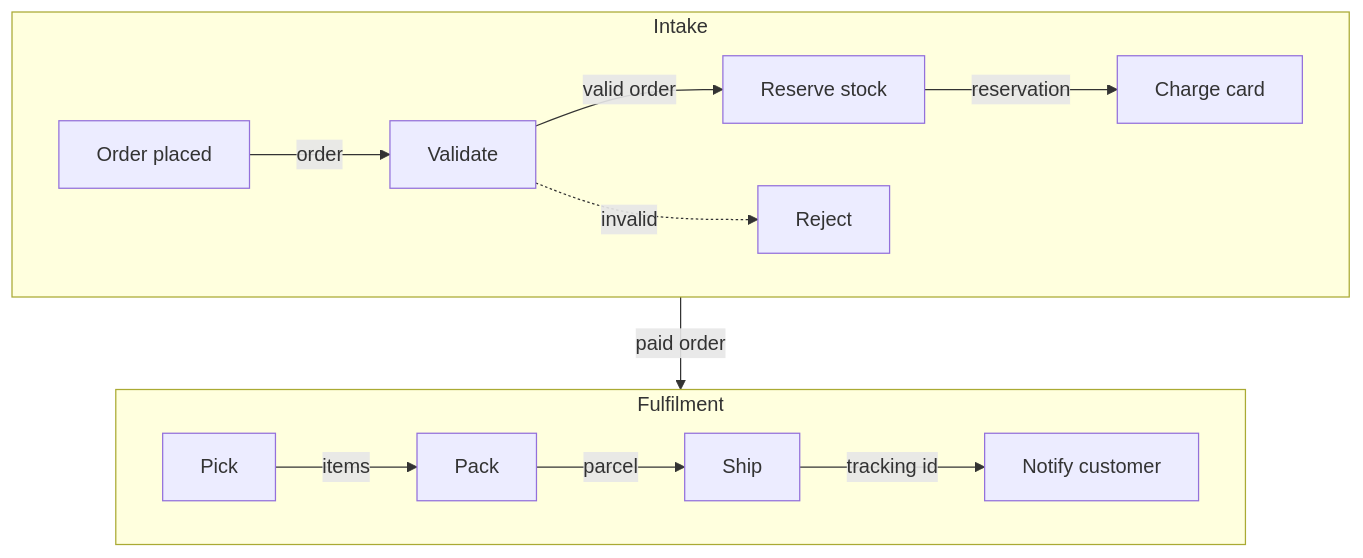
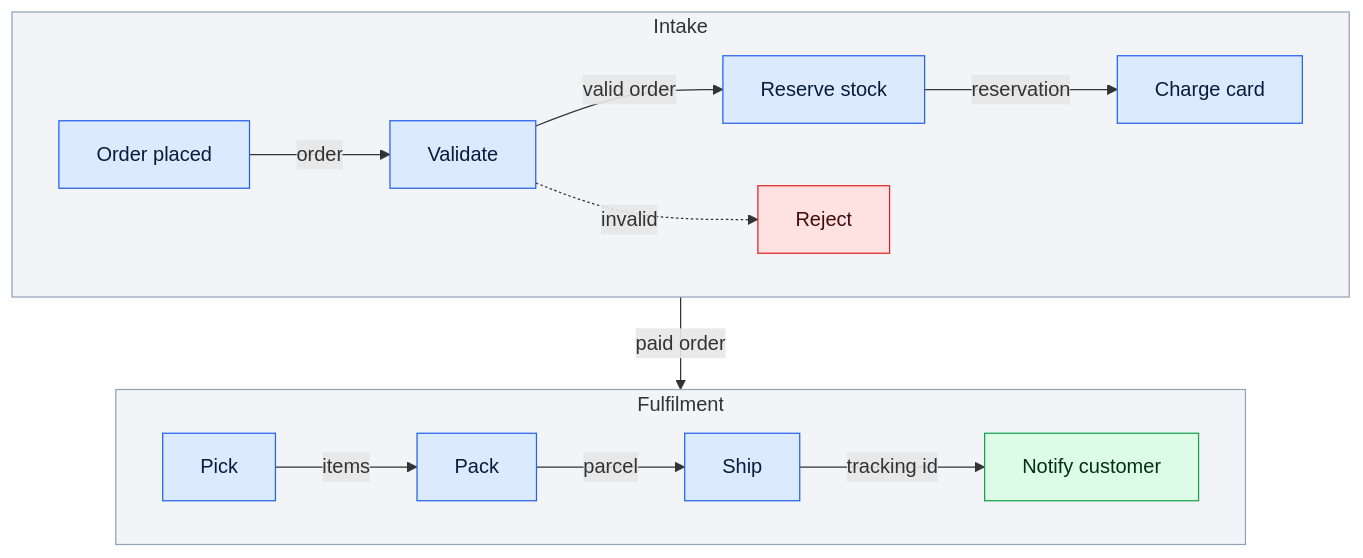
The diagram in skills/visuals/diagrams/examples/long-flow.mmd (araltiparmak/claude-harness), drawn with Mermaid before and after one commit. The commit also changed 2 other files, not shown here.

Commit message:
diagrams: colour Mermaid boxes by kind with classDef, readable in GitHub's dark theme

```diff
--- a/skills/visuals/diagrams/examples/long-flow.mmd
+++ b/skills/visuals/diagrams/examples/long-flow.mmd
@@ -1,12 +1,22 @@
 %% A long flow wrapped into stages: each stage reads left to right, the stages stack like lines of text.
+%% One class per kind of box; the dark `color` keeps the text readable in GitHub's dark theme.
 flowchart TB
   subgraph intake [Intake]
     direction LR
     a[Order placed] -- order --> b[Validate] -- valid order --> c[Reserve stock] -- reservation --> d[Charge card]
     b -. invalid .-> x[Reject]
   end
   subgraph fulfil [Fulfilment]
     direction LR
     e[Pick] -- items --> f[Pack] -- parcel --> g[Ship] -- tracking id --> h[Notify customer]
   end
   intake -- paid order --> fulfil
+
+  classDef step fill:#dbeafe,stroke:#2563eb,color:#0b1b3a
+  classDef fail fill:#fee2e2,stroke:#dc2626,color:#450a0a
+  classDef done fill:#dcfce7,stroke:#16a34a,color:#052e16
+  class a,b,c,d,e,f,g step
+  class x fail
+  class h done
+  style intake fill:#94a3b81f,stroke:#94a3b8
+  style fulfil fill:#94a3b81f,stroke:#94a3b8
```
